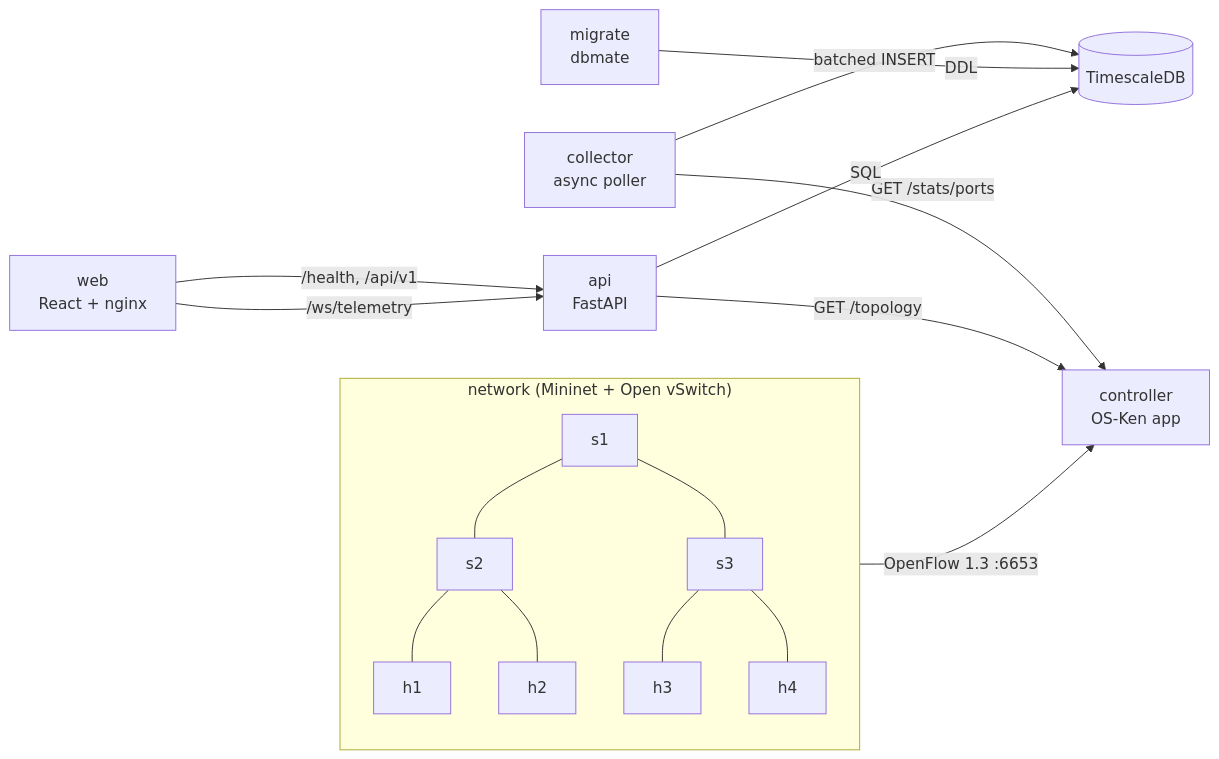
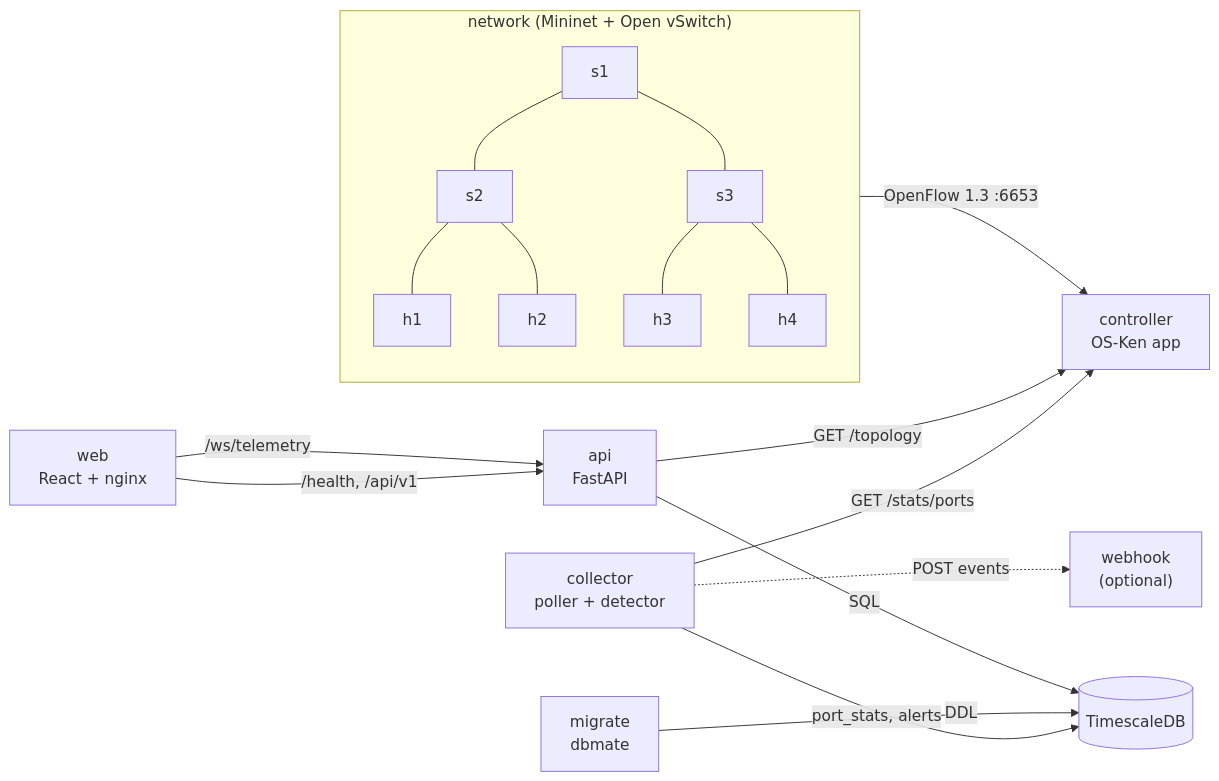
Before and after one commit to wpilares/netpulse: the diagram in README.md, drawn with Mermaid. The commit also changed other lines of this file and 2 other files, not shown here.

First line of the commit message:
docs: document anomaly detection, alerts, fault injection and v0.4 run notes with adr 0008

````diff
--- a/README.md
+++ b/README.md
@@ -30,18 +30,19 @@
 ```mermaid
 flowchart LR
     subgraph network["network (Mininet + Open vSwitch)"]
         S1[s1] --- S2[s2]
         S1 --- S3[s3]
         S2 --- H1[h1] & H2[h2]
         S3 --- H3[h3] & H4[h4]
     end
 
     network -- "OpenFlow 1.3 :6653" --> controller["controller<br/>OS-Ken app"]
-    collector["collector<br/>async poller"] -- "GET /stats/ports" --> controller
-    collector -- "batched INSERT" --> db[("TimescaleDB")]
+    collector["collector<br/>poller + detector"] -- "GET /stats/ports" --> controller
+    collector -- "port_stats, alerts" --> db[("TimescaleDB")]
+    collector -. "POST events" .-> webhook["webhook<br/>(optional)"]
     migrate["migrate<br/>dbmate"] -- "DDL" --> db
     api["api<br/>FastAPI"] -- "SQL" --> db
     api -- "GET /topology" --> controller
     web["web<br/>React + nginx"] -- "/health, /api/v1" --> api
     web -- "/ws/telemetry" --> api
 ```
````
